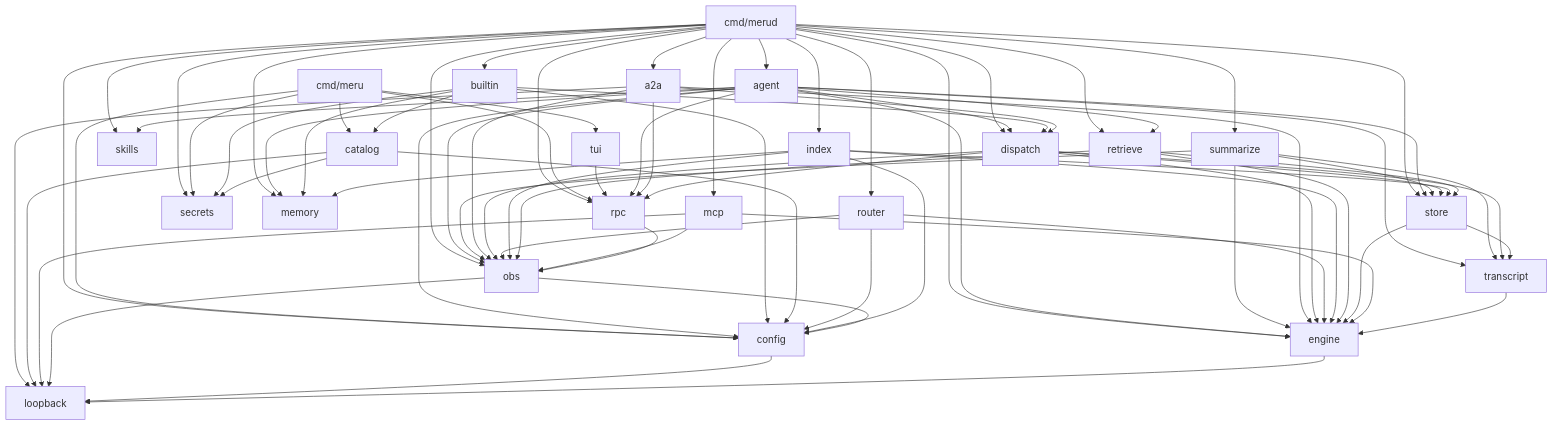
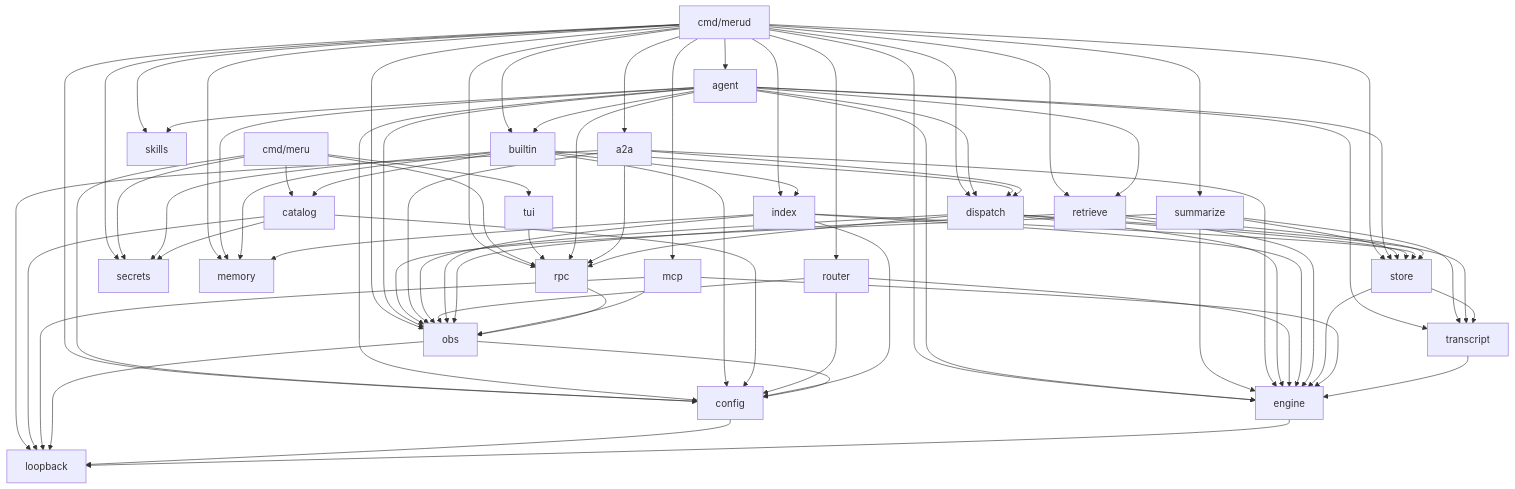
Before and after one commit to aarora79/meru: the first of 3 diagrams in docs/lld.md, drawn with Mermaid. The commit also changed other lines of this file and 31 other files, not shown here.

````diff
--- a/docs/lld.md
+++ b/docs/lld.md
@@ -69,26 +69,26 @@
 ```mermaid
 flowchart TD
     merud["cmd/merud"] --> agent & router & rpc & obs & engine & config
     merud --> index & retrieve & store
     merud --> dispatch & mcp & a2a & builtin & secrets
     merud --> memory & skills & summarize
     meru["cmd/meru"] --> tui & rpc & config & catalog & secrets
     tui --> rpc
     agent --> dispatch & transcript & engine & rpc & obs & config & retrieve
-    agent --> store & memory & skills
-    builtin --> dispatch & catalog & secrets & config & memory
+    agent --> store & memory & skills & builtin
+    builtin --> dispatch & catalog & secrets & config & memory & index
     summarize --> store & engine & obs & transcript
     a2a --> dispatch & engine & rpc & obs & loopback
     dispatch --> store & transcript & engine & rpc & obs
     catalog --> config & secrets & loopback
     router --> engine & obs & config
     index --> store & engine & obs & config & memory
     retrieve --> store & engine & obs
     store --> transcript & engine
     mcp --> engine & obs & loopback
     transcript --> engine
     rpc --> obs
     obs --> config & loopback
     config --> loopback
     engine --> loopback
 ```
````
